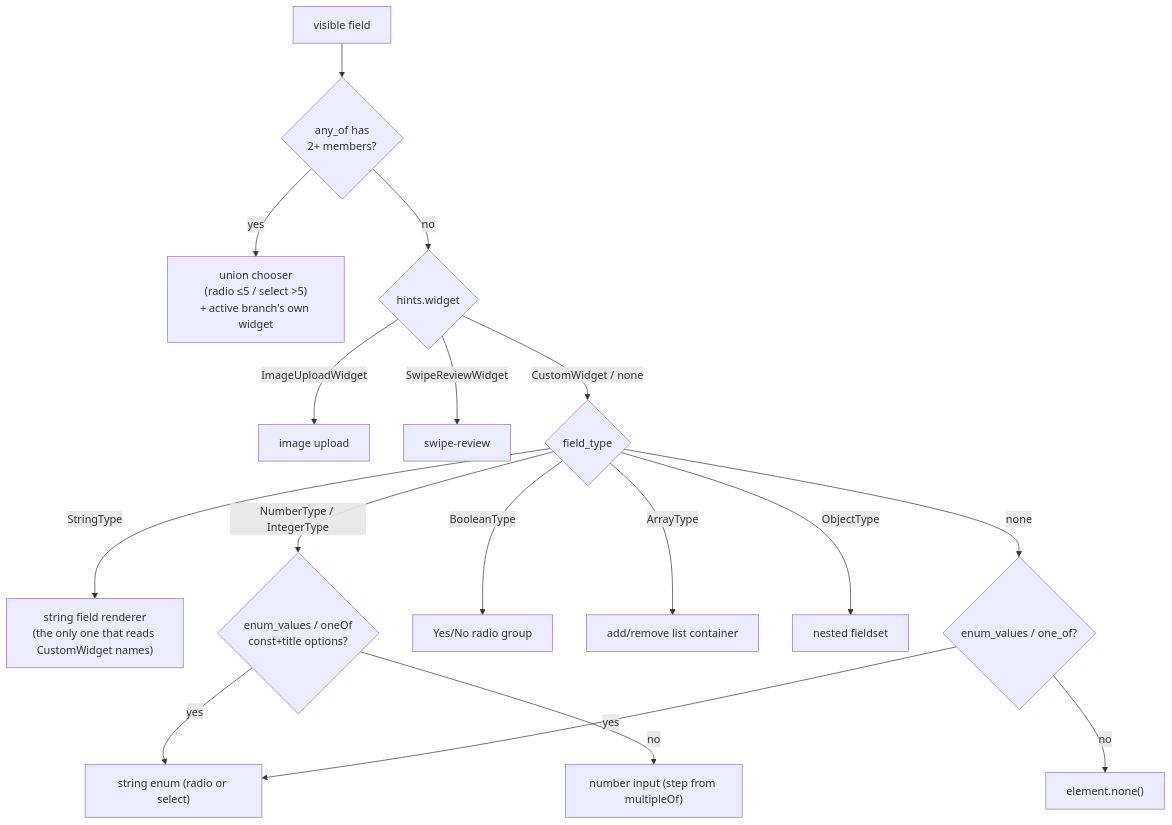
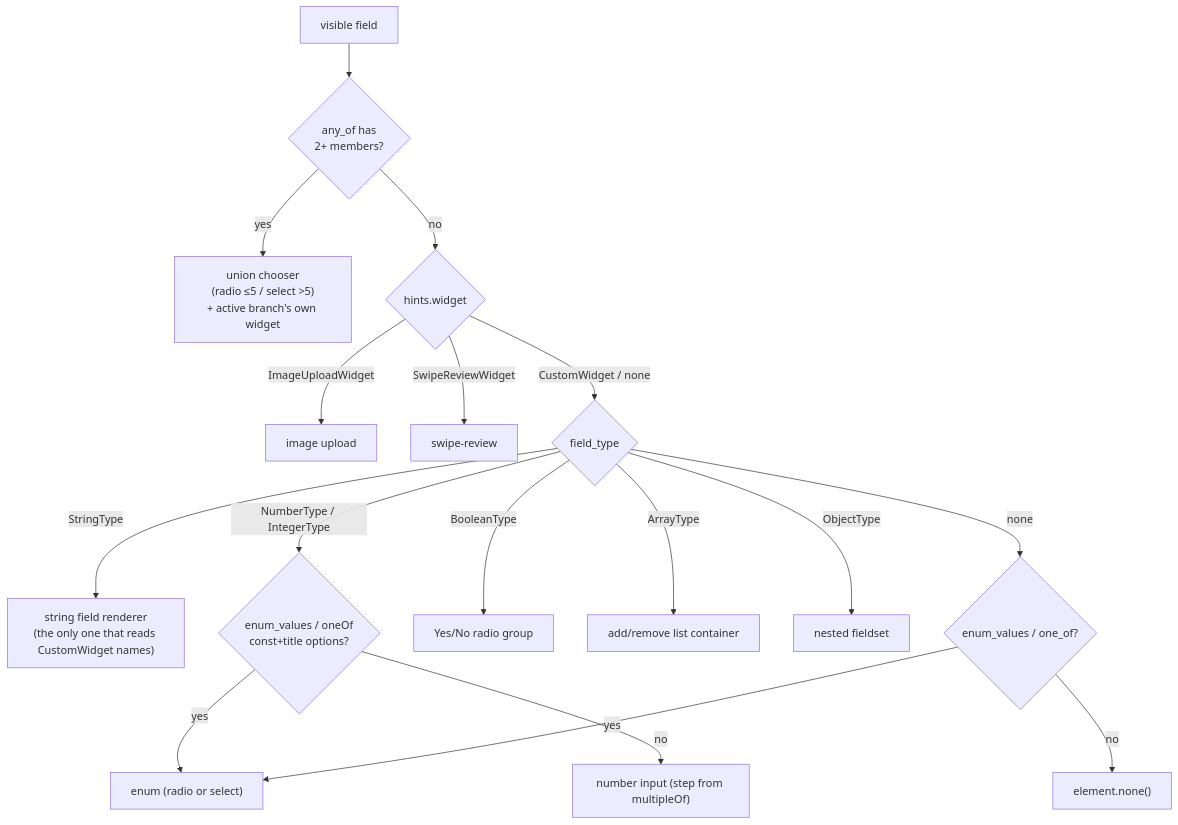
One commit to radionest/gleam_formosh changed the first of 2 diagrams in docs/reference/widgets.md. Above: the diagram before and after it, drawn with Mermaid. The commit also changed other lines of this file and 1 other file, not shown here.

Commit message:
docs: sync number-field widget docs with enum routing

````diff
--- a/docs/reference/widgets.md
+++ b/docs/reference/widgets.md
@@ -26,19 +26,19 @@
 ```mermaid
 flowchart TD
     F["visible field"] --> U{"any_of has<br/>2+ members?"}
     U -- "yes" --> UC["union chooser<br/>(radio ≤5 / select >5)<br/>+ active branch's own widget"]
     U -- "no" --> W{"hints.widget"}
     W -- "ImageUploadWidget" --> IU["image upload"]
     W -- "SwipeReviewWidget" --> SR["swipe-review"]
     W -- "CustomWidget / none" --> T{"field_type"}
     T -- "StringType" --> S["string field renderer<br/>(the only one that reads CustomWidget names)"]
     T -- "NumberType / IntegerType" --> NO{"enum_values / oneOf<br/>const+title options?"}
     NO -- "yes" --> EN
     NO -- "no" --> NUM["number input (step from multipleOf)"]
     T -- "BooleanType" --> B["Yes/No radio group"]
     T -- "ArrayType" --> A["add/remove list container"]
     T -- "ObjectType" --> O["nested fieldset"]
     T -- "none" --> E{"enum_values / one_of?"}
-    E -- "yes" --> EN["string enum (radio or select)"]
+    E -- "yes" --> EN["enum (radio or select)"]
     E -- "no" --> NONE["element.none()"]
 ```
````
